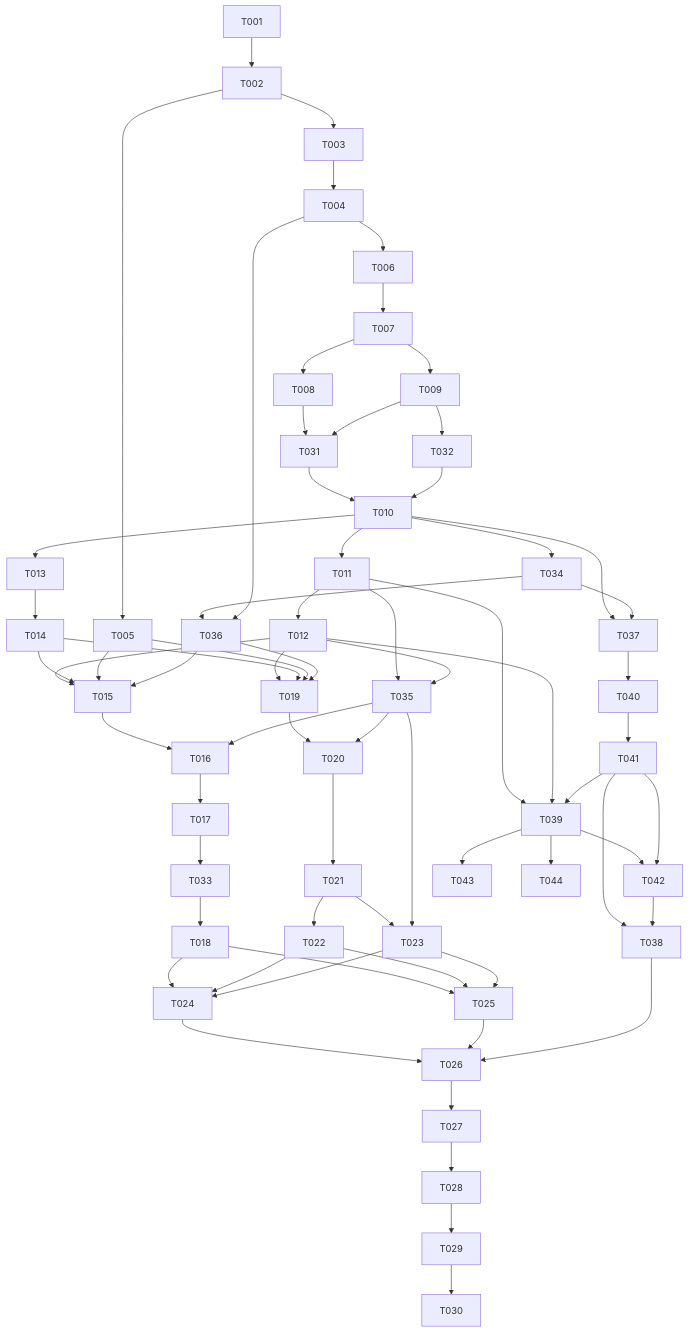
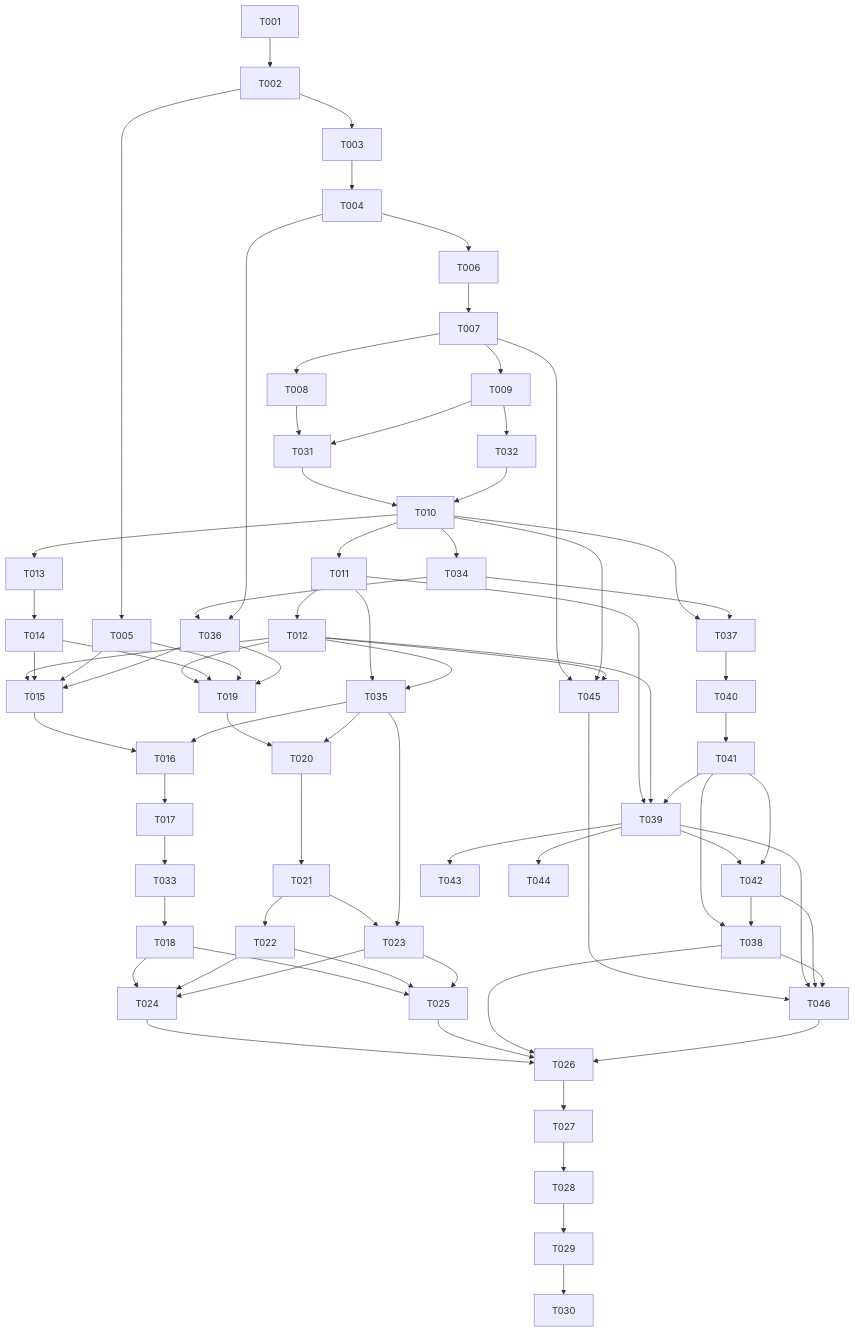
Before and after one commit to ronronner02/multi-agent: the diagram in docs/tasks/2026-10-13-001-feat-multi-agent-team-tasks.md, drawn with Mermaid. The commit also changed other lines of this file, not shown here.

````diff
--- a/docs/tasks/2026-10-13-001-feat-multi-agent-team-tasks.md
+++ b/docs/tasks/2026-10-13-001-feat-multi-agent-team-tasks.md
@@ -118,57 +120,65 @@
 ```mermaid
 flowchart TD
   T001 --> T002
   T002 --> T003 --> T004 --> T006 --> T007
   T002 --> T005
   T007 --> T008
   T007 --> T009
   T008 --> T031
   T009 --> T031
   T009 --> T032
   T031 --> T010
   T032 --> T010
   T010 --> T011 --> T012
   T010 --> T013 --> T014
   T012 --> T015
   T014 --> T015
   T005 --> T015
   T015 --> T016 --> T017 --> T033 --> T018
   T012 --> T019
   T014 --> T019
   T005 --> T019
   T019 --> T020 --> T021
   T021 --> T022
   T021 --> T023
   T018 --> T024
   T022 --> T024
   T023 --> T024
   T018 --> T025
   T022 --> T025
   T023 --> T025
   T024 --> T026
   T025 --> T026
   T010 --> T034 --> T036
   T010 --> T037
   T034 --> T037
   T037 --> T040
   T040 --> T041
   T041 --> T038
   T011 --> T039
   T012 --> T039
   T041 --> T039
   T039 --> T042
   T039 --> T043
   T039 --> T044
   T041 --> T042
   T042 --> T038
   T038 --> T026
+  T007 --> T045
+  T010 --> T045
+  T012 --> T045
+  T045 --> T046
+  T039 --> T046
+  T042 --> T046
+  T038 --> T046
+  T046 --> T026
   T004 --> T036
   T036 --> T015
   T036 --> T019
   T011 --> T035
   T012 --> T035
   T035 --> T016
   T035 --> T020
   T035 --> T023
   T026 --> T027 --> T028 --> T029 --> T030
 ```
````
